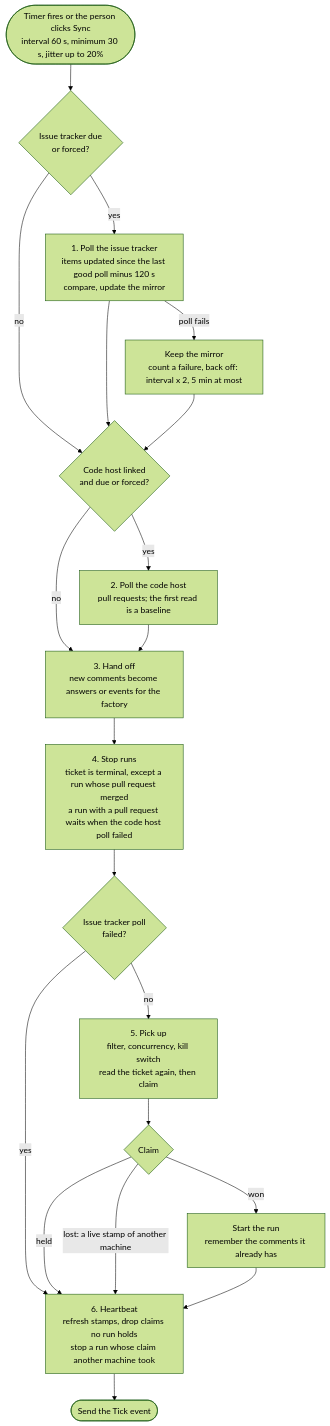
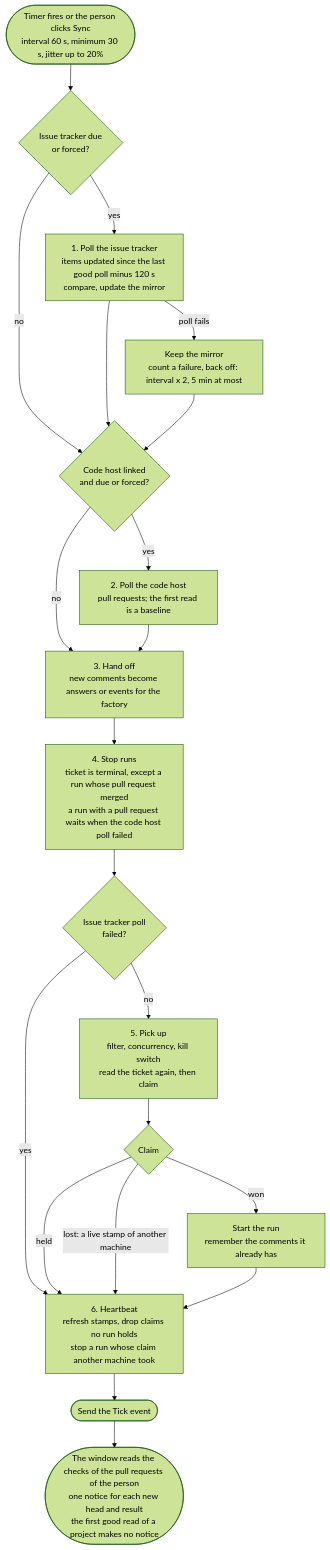
Before and after one commit to me-cedric/Shipyard: the diagram in docs/diagrams/sync-tick.mmd, drawn with Mermaid (forest theme). The commit also changed 130 other files, not shown here.

```diff
--- a/docs/diagrams/sync-tick.mmd
+++ b/docs/diagrams/sync-tick.mmd
@@ -1,22 +1,23 @@
 flowchart TD
   %% Source: crates/shipyard-engine/src/tick.rs, Engine::tick.
   Start(["Timer fires or the person clicks Sync<br/>interval 60 s, minimum 30 s, jitter up to 20%"])
   Start --> T{"Issue tracker due<br/>or forced?"}
   T -->|yes| PT["1. Poll the issue tracker<br/>items updated since the last good poll minus 120 s<br/>compare, update the mirror"]
   T -->|no| F
   PT -->|"poll fails"| BO["Keep the mirror<br/>count a failure, back off: interval x 2, 5 min at most"]
   PT --> F{"Code host linked<br/>and due or forced?"}
   BO --> F
   F -->|yes| PF["2. Poll the code host<br/>pull requests; the first read is a baseline"]
   F -->|no| D
   PF --> D["3. Hand off<br/>new comments become answers or events for the factory"]
   D --> S["4. Stop runs<br/>ticket is terminal, except a run whose pull request merged<br/>a run with a pull request waits when the code host poll failed"]
   S --> P{"Issue tracker poll<br/>failed?"}
   P -->|yes| H
   P -->|no| PU["5. Pick up<br/>filter, concurrency, kill switch<br/>read the ticket again, then claim"]
   PU --> C{"Claim"}
   C -->|"won"| R["Start the run<br/>remember the comments it already has"]
   C -->|"held"| H
   C -->|"lost: a live stamp of another machine"| H
   R --> H["6. Heartbeat<br/>refresh stamps, drop claims no run holds<br/>stop a run whose claim another machine took"]
   H --> E(["Send the Tick event"])
+  E --> N(["The window reads the checks of the pull requests of the person<br/>one notice for each new head and result<br/>the first good read of a project makes no notice"])
```
